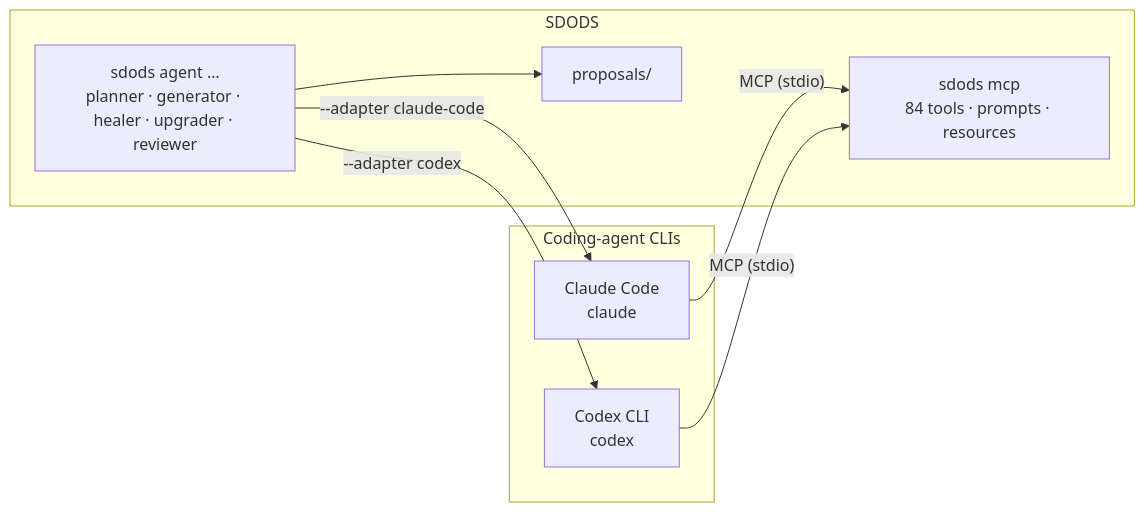
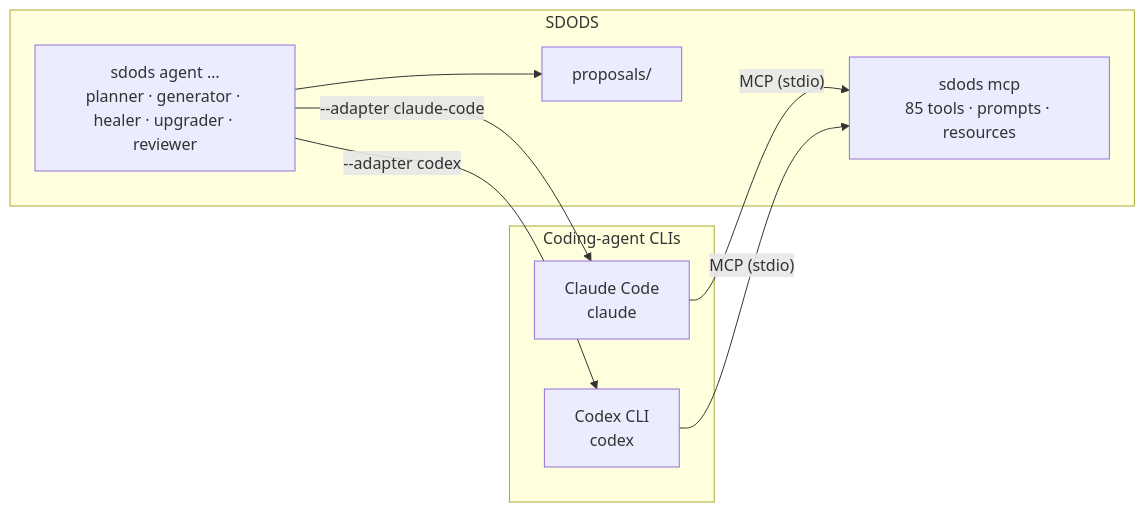
Before and after one commit to YarlisAISolutions/SDODS: the diagram in apps/docs/content/docs/guides/claude-code-and-codex.mdx, drawn with Mermaid. The commit also changed 40 other files, not shown here.

````diff
--- a/apps/docs/content/docs/guides/claude-code-and-codex.mdx
+++ b/apps/docs/content/docs/guides/claude-code-and-codex.mdx
@@ -19,17 +19,17 @@
 ```mermaid
 flowchart LR
   subgraph clients["Coding-agent CLIs"]
     CC["Claude Code<br/>claude"]
     CX["Codex CLI<br/>codex"]
   end
   subgraph sdods["SDODS"]
-    MCP["sdods mcp<br/>84 tools · prompts · resources"]
+    MCP["sdods mcp<br/>85 tools · prompts · resources"]
     AG["sdods agent …<br/>planner · generator · healer · upgrader · reviewer"]
     PR["proposals/"]
   end
   CC -- "MCP (stdio)" --> MCP
   CX -- "MCP (stdio)" --> MCP
   AG -- "--adapter claude-code" --> CC
   AG -- "--adapter codex" --> CX
   AG --> PR
 ```
````
